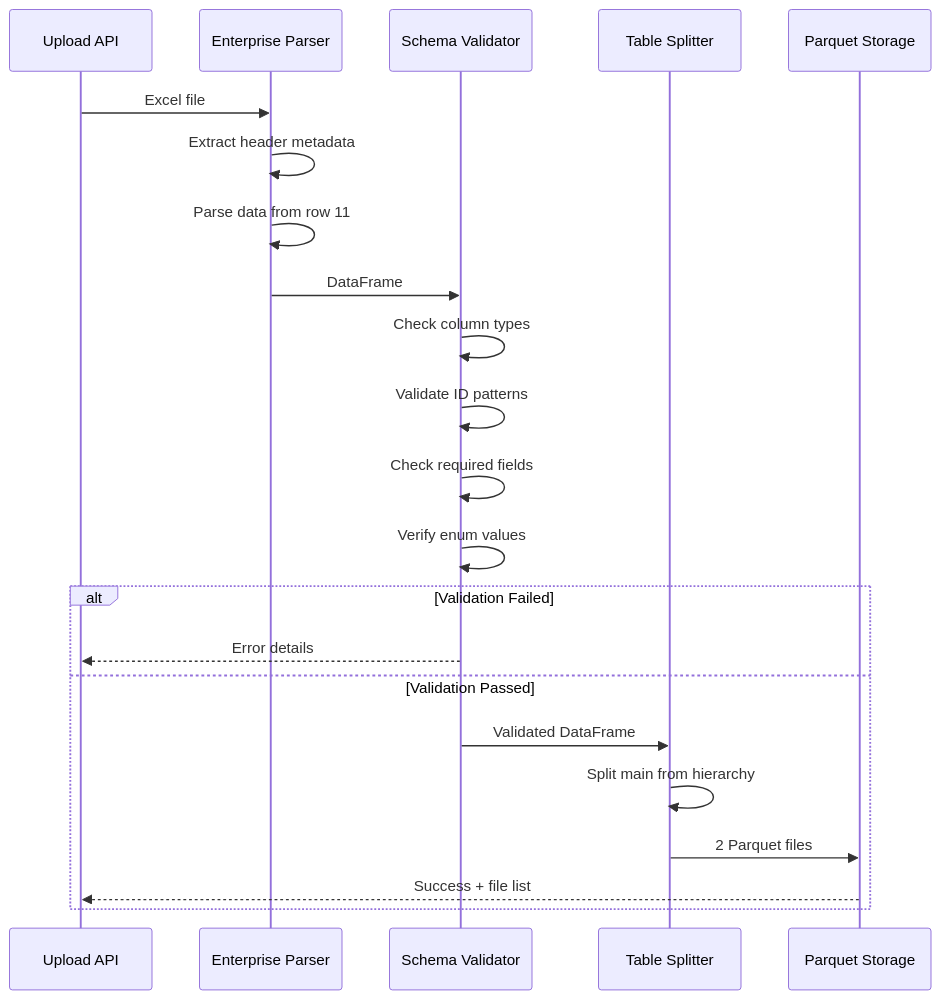
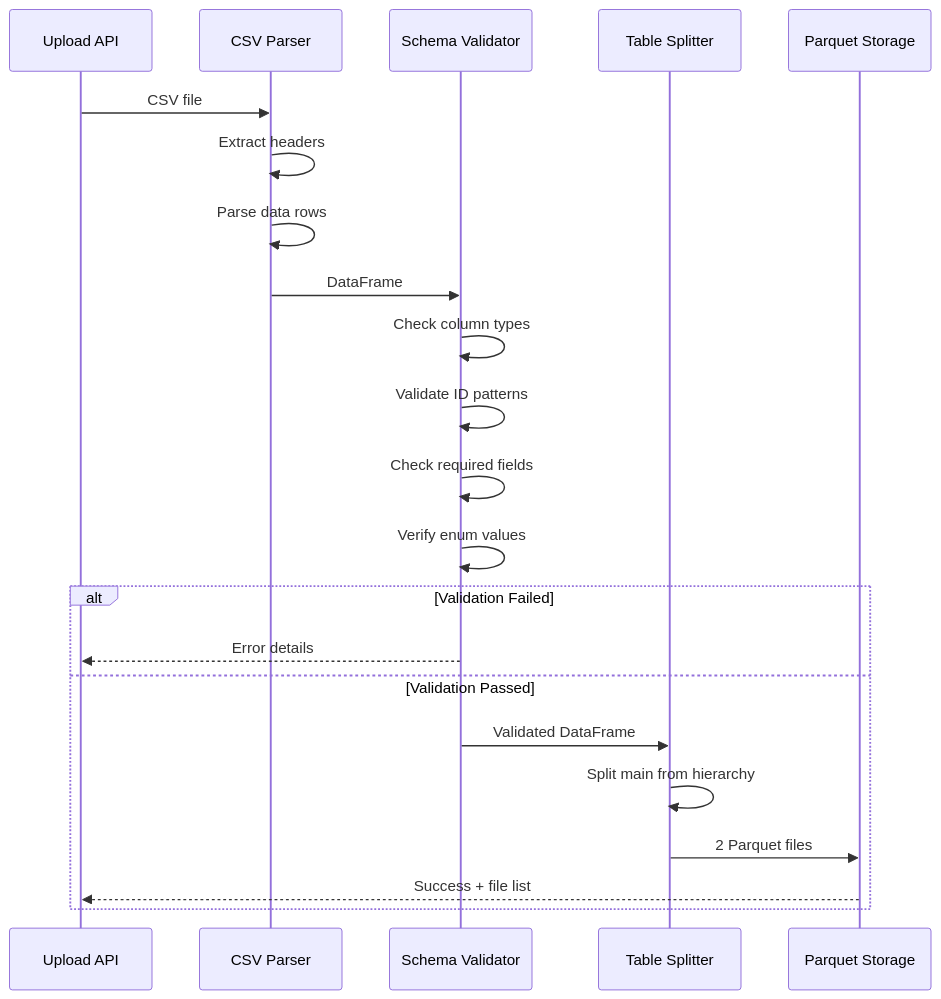
The third of 7 diagrams in docs/pipelines/actions-pipeline.md (white07S/application), drawn with Mermaid before and after one commit. The commit also changed other lines of this file and 28 other files, not shown here.

````diff
--- a/docs/pipelines/actions-pipeline.md
+++ b/docs/pipelines/actions-pipeline.md
@@ -305,26 +305,26 @@
 ```mermaid
 sequenceDiagram
     participant Upload as Upload API
-    participant Parser as Enterprise Parser
+    participant Parser as CSV Parser
     participant Validator as Schema Validator
     participant Splitter as Table Splitter
     participant Storage as Parquet Storage
 
-    Upload->>Parser: Excel file
-    Parser->>Parser: Extract header metadata
-    Parser->>Parser: Parse data from row 11
+    Upload->>Parser: CSV file
+    Parser->>Parser: Extract headers
+    Parser->>Parser: Parse data rows
     Parser->>Validator: DataFrame
     Validator->>Validator: Check column types
     Validator->>Validator: Validate ID patterns
     Validator->>Validator: Check required fields
     Validator->>Validator: Verify enum values
 
     alt Validation Failed
         Validator-->>Upload: Error details
     else Validation Passed
         Validator->>Splitter: Validated DataFrame
         Splitter->>Splitter: Split main from hierarchy
         Splitter->>Storage: 2 Parquet files
         Storage-->>Upload: Success + file list
     end
 ```
````
